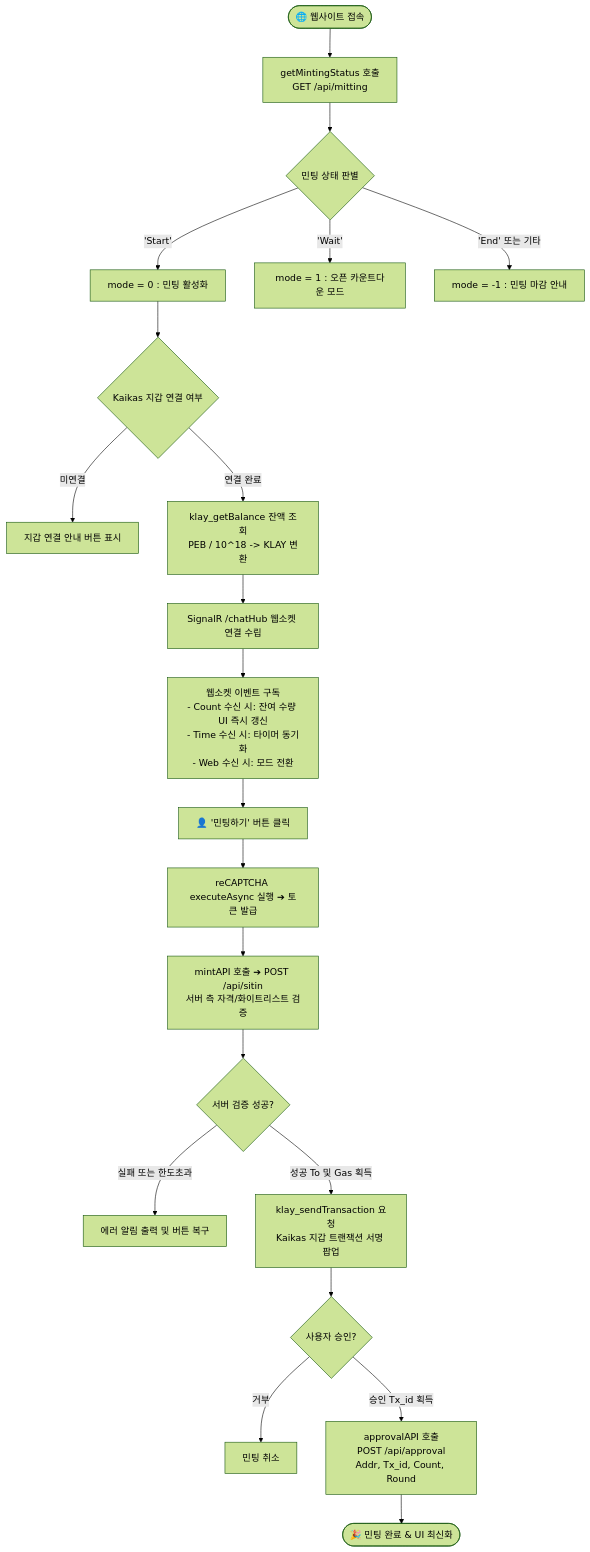
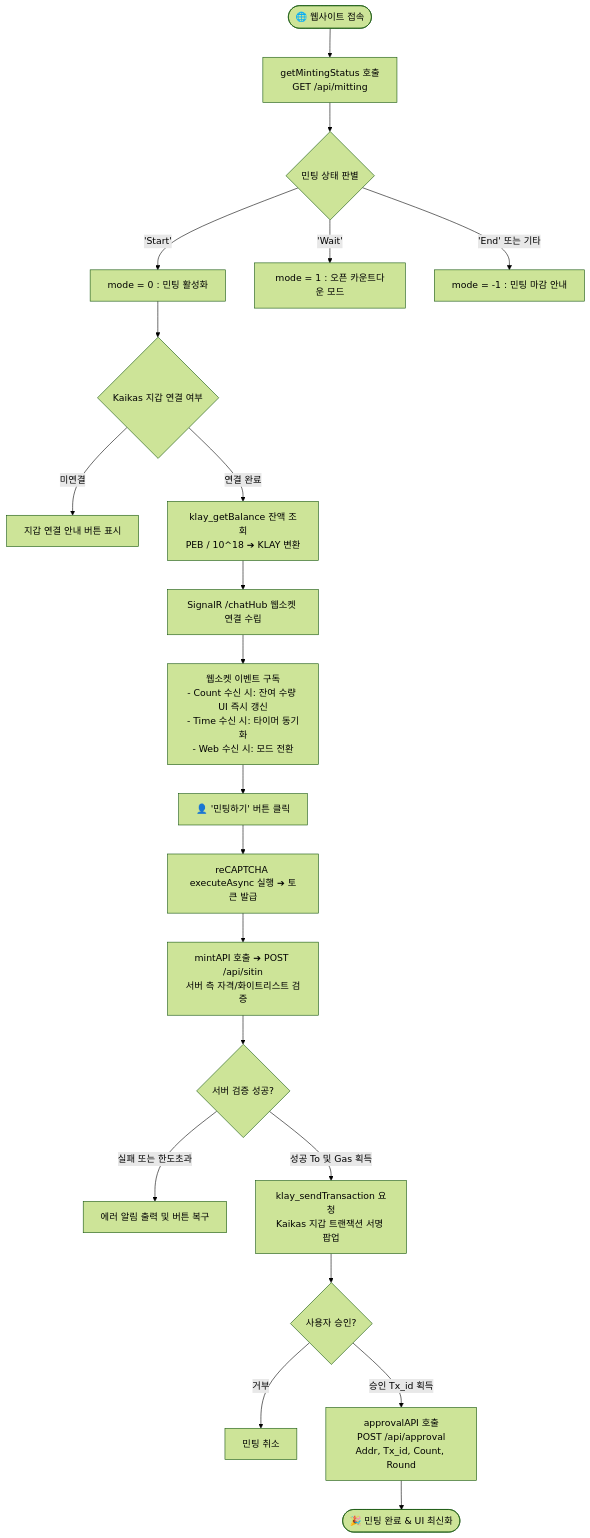
One commit to comfiapps/vtok-all changed the second of 3 diagrams in vtok_publishing_web/ClientApp/README.md. Above: the diagram before and after it, drawn with Mermaid (forest theme). The commit also changed 1 other file, not shown here.

Commit message:
fix(docs): quote all Mermaid node labels with special characters to prevent GitHub renderer parse error

````diff
--- a/vtok_publishing_web/ClientApp/README.md
+++ b/vtok_publishing_web/ClientApp/README.md
@@ -71,30 +71,30 @@
 ```mermaid
 flowchart TD
-    START([🌐 웹사이트 접속]) --> INIT_STATUS[getMintingStatus 호출\nGET /api/mitting]
-    INIT_STATUS --> STATUS_SWITCH{민팅 상태 판별}
+    START(["🌐 웹사이트 접속"]) --> INIT_STATUS["getMintingStatus 호출<br/>GET /api/mitting"]
+    INIT_STATUS --> STATUS_SWITCH{"민팅 상태 판별"}
     
-    STATUS_SWITCH -->|'Start'| MODE_ACTIVE[mode = 0 : 민팅 활성화]
-    STATUS_SWITCH -->|'Wait'| MODE_WAIT[mode = 1 : 오픈 카운트다운 모드]
-    STATUS_SWITCH -->|'End' 또는 기타| MODE_CLOSE[mode = -1 : 민팅 마감 안내]
+    STATUS_SWITCH -->|'Start'| MODE_ACTIVE["mode = 0 : 민팅 활성화"]
+    STATUS_SWITCH -->|'Wait'| MODE_WAIT["mode = 1 : 오픈 카운트다운 모드"]
+    STATUS_SWITCH -->|'End' 또는 기타| MODE_CLOSE["mode = -1 : 민팅 마감 안내"]
 
-    MODE_ACTIVE --> CONNECT_REQ{Kaikas 지갑 연결 여부}
-    CONNECT_REQ -->|미연결| SHOW_CONNECT_BTN[지갑 연결 안내 버튼 표시]
-    CONNECT_REQ -->|연결 완료| FETCH_BALANCE[klay_getBalance 잔액 조회\nPEB / 10^18 -> KLAY 변환]
+    MODE_ACTIVE --> CONNECT_REQ{"Kaikas 지갑 연결 여부"}
+    CONNECT_REQ -->|미연결| SHOW_CONNECT_BTN["지갑 연결 안내 버튼 표시"]
+    CONNECT_REQ -->|연결 완료| FETCH_BALANCE["klay_getBalance 잔액 조회<br/>PEB / 10^18 ➔ KLAY 변환"]
 
-    FETCH_BALANCE --> INIT_WS[SignalR /chatHub 웹소켓 연결 수립]
-    INIT_WS --> LISTEN_WS[웹소켓 이벤트 구독\n- Count 수신 시: 잔여 수량 UI 즉시 갱신\n- Time 수신 시: 타이머 동기화\n- Web 수신 시: 모드 전환]
+    FETCH_BALANCE --> INIT_WS["SignalR /chatHub 웹소켓 연결 수립"]
+    INIT_WS --> LISTEN_WS["웹소켓 이벤트 구독<br/>- Count 수신 시: 잔여 수량 UI 즉시 갱신<br/>- Time 수신 시: 타이머 동기화<br/>- Web 수신 시: 모드 전환"]
 
-    LISTEN_WS --> CLICK_MINT[👤 '민팅하기' 버튼 클릭]
-    CLICK_MINT --> EXEC_CAPTCHA[reCAPTCHA executeAsync 실행 ➔ 토큰 발급]
-    EXEC_CAPTCHA --> CALL_SITIN[mintAPI 호출 ➔ POST /api/sitin\n서버 측 자격/화이트리스트 검증]
+    LISTEN_WS --> CLICK_MINT["👤 '민팅하기' 버튼 클릭"]
+    CLICK_MINT --> EXEC_CAPTCHA["reCAPTCHA executeAsync 실행 ➔ 토큰 발급"]
+    EXEC_CAPTCHA --> CALL_SITIN["mintAPI 호출 ➔ POST /api/sitin<br/>서버 측 자격/화이트리스트 검증"]
     
-    CALL_SITIN --> CHECK_SITIN{서버 검증 성공?}
-    CHECK_SITIN -->|실패 또는 한도초과| SHOW_ERR[에러 알림 출력 및 버튼 복구]
-    CHECK_SITIN -->|성공 To 및 Gas 획득| SEND_TX[klay_sendTransaction 요청\nKaikas 지갑 트랜잭션 서명 팝업]
+    CALL_SITIN --> CHECK_SITIN{"서버 검증 성공?"}
+    CHECK_SITIN -->|실패 또는 한도초과| SHOW_ERR["에러 알림 출력 및 버튼 복구"]
+    CHECK_SITIN -->|성공 To 및 Gas 획득| SEND_TX["klay_sendTransaction 요청<br/>Kaikas 지갑 트랜잭션 서명 팝업"]
 
-    SEND_TX --> USER_APPROVE{사용자 승인?}
-    USER_APPROVE -->|거부| CANCEL_MINT[민팅 취소]
-    USER_APPROVE -->|승인 Tx_id 획득| CALL_APPROVE[approvalAPI 호출\nPOST /api/approval\nAddr, Tx_id, Count, Round]
+    SEND_TX --> USER_APPROVE{"사용자 승인?"}
+    USER_APPROVE -->|거부| CANCEL_MINT["민팅 취소"]
+    USER_APPROVE -->|승인 Tx_id 획득| CALL_APPROVE["approvalAPI 호출<br/>POST /api/approval<br/>Addr, Tx_id, Count, Round"]
 
-    CALL_APPROVE --> DONE([🎉 민팅 완료 & UI 최신화])
+    CALL_APPROVE --> DONE(["🎉 민팅 완료 & UI 최신화"])
 ```
````
